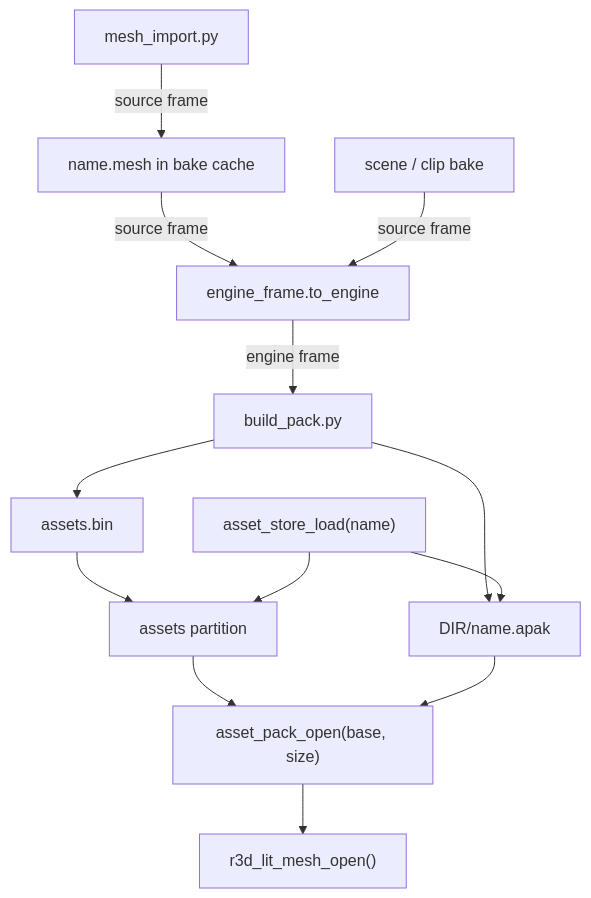
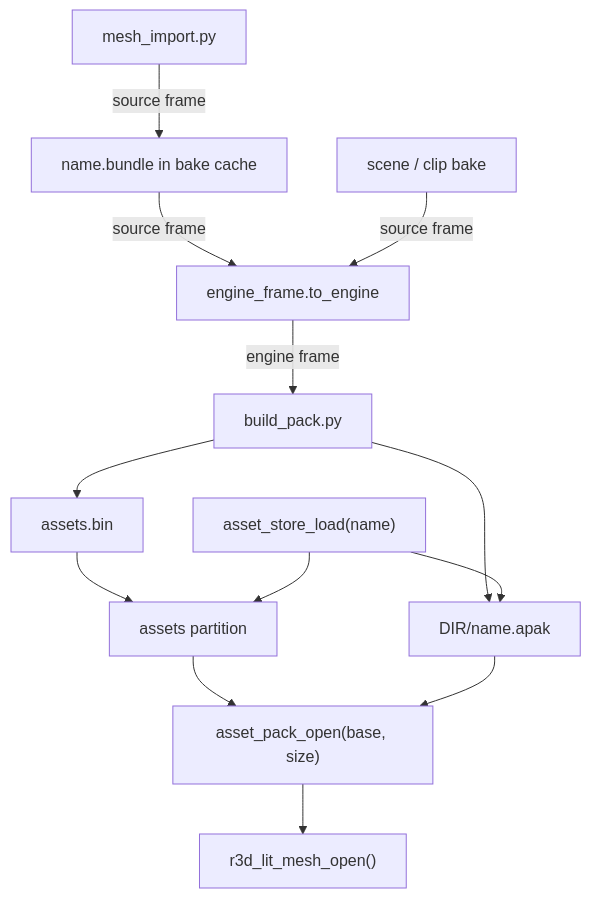
Before and after one commit to jose-villegas/autana: the diagram in docs/assets/README.md, drawn with Mermaid. The commit also changed 70 other files, not shown here.

````diff
--- a/docs/assets/README.md
+++ b/docs/assets/README.md
@@ -12,15 +12,15 @@
 ```mermaid
 flowchart TB
-    Import["mesh_import.py"] -->|source frame| Entry["name.mesh in bake cache"]
+    Import["mesh_import.py"] -->|source frame| Entry["name.bundle in bake cache"]
     Entry -->|source frame| Mirror["engine_frame.to_engine"]
     Authored["scene / clip bake"] -->|source frame| Mirror
     Mirror -->|engine frame| Build["build_pack.py"]
     Build --> Files["DIR/name.apak"]
     Build --> Image["assets.bin"]
     Image --> Flash["assets partition"]
     Store["asset_store_load(name)"] --> Flash
     Store --> Files
     Flash --> Open["asset_pack_open(base, size)"]
     Files --> Open
     Open --> View["r3d_lit_mesh_open()"]
 ```
````
